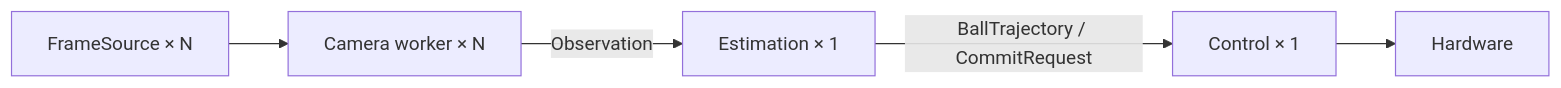
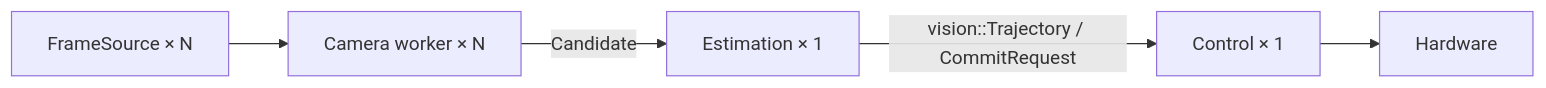
Before and after one commit to luv-all/pingpong-bot: the second of 4 diagrams in README.md, drawn with Mermaid. The commit also changed other lines of this file and 16 other files, not shown here.

First line of the commit message:
refactor: transition to new vision worker for pixel fitting and trajectory handling

````diff
--- a/README.md
+++ b/README.md
@@ -395,10 +396,10 @@
 ```mermaid
 flowchart LR
   frames["FrameSource × N"]
   camT["Camera worker × N"]
   estT["Estimation × 1"]
   ctrlT["Control × 1"]
   actuator["Hardware"]
 
-  frames --> camT -->|"Observation"| estT -->|"BallTrajectory / CommitRequest"| ctrlT --> actuator
+  frames --> camT -->|"Candidate"| estT -->|"vision::Trajectory / CommitRequest"| ctrlT --> actuator
 ```
````
